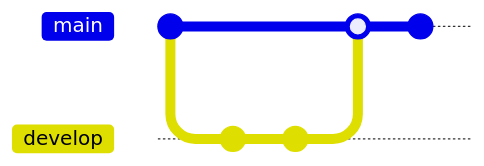
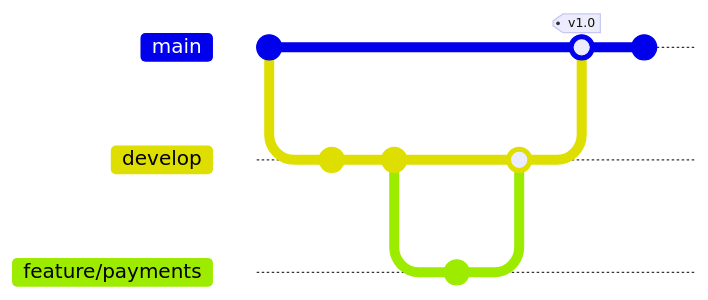
Before and after one commit to aajunior43/workspace-backup: the ninth of 14 diagrams in Skills/mermaid-diagrams/SKILL.md, drawn with Mermaid. The commit also changed other lines of this file and 5 other files, not shown here. Commit ids are hidden.

````diff
--- a/Skills/mermaid-diagrams/SKILL.md
+++ b/Skills/mermaid-diagrams/SKILL.md
@@ -162,11 +202,15 @@
 ```mermaid
 gitGraph
-    commit
+    commit id: "init"
     branch develop
     checkout develop
-    commit
-    commit
+    commit id: "feat: login"
+    commit id: "feat: api"
+    branch feature/payments
+    commit id: "feat: payment"
+    checkout develop
+    merge feature/payments
     checkout main
-    merge develop
-    commit
+    merge develop tag: "v1.0"
+    commit id: "hotfix"
 ```
````
